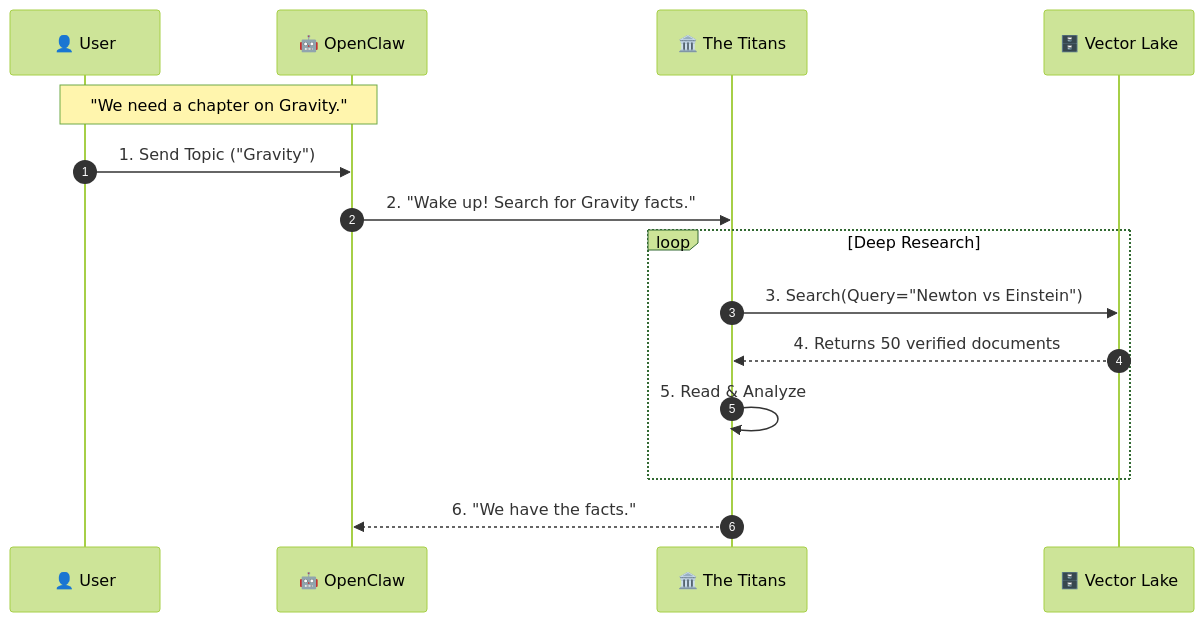
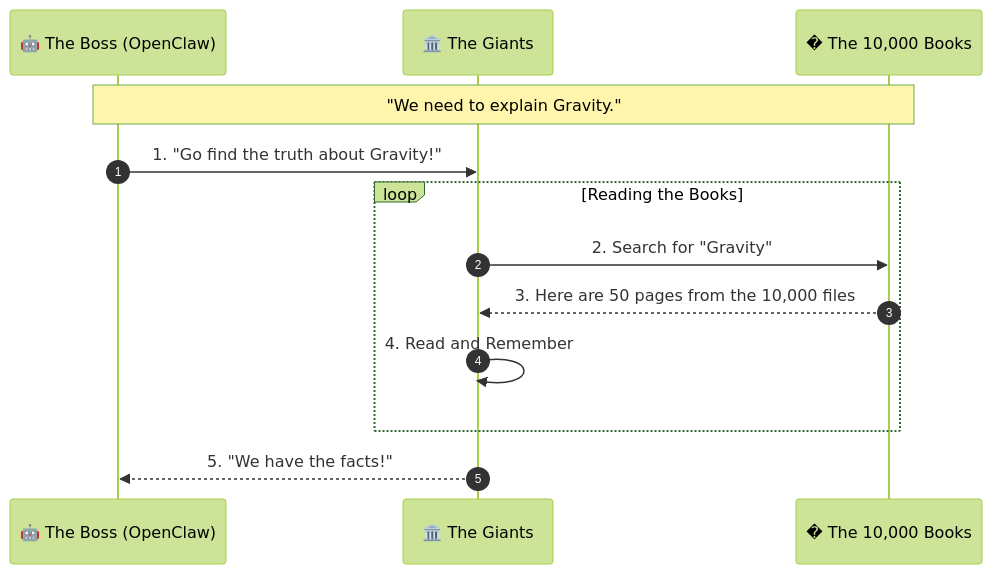
Before and after one commit to xlp0/PrologueOfSpacetime: the first of 3 diagrams in docs/workflows/README.md, drawn with Mermaid (forest theme). The commit also changed other lines of this file, not shown here.

````diff
--- a/docs/workflows/README.md
+++ b/docs/workflows/README.md
@@ -34,21 +37,18 @@
 ```mermaid
 sequenceDiagram
     autonumber
-    participant User as 👤 User
-    participant Manager as 🤖 OpenClaw
-    participant Quorum as 🏛️ The Titans
-    participant Database as 🗄️ Vector Lake
+    participant Boss as 🤖 The Boss (OpenClaw)
+    participant Giants as 🏛️ The Giants
+    participant Library as � The 10,000 Books
 
-    Note over User, Manager: "We need a chapter on Gravity."
-    User->>Manager: 1. Send Topic ("Gravity")
+    Note over Boss, Library: "We need to explain Gravity."
+    Boss->>Giants: 1. "Go find the truth about Gravity!"
     
-    Manager->>Quorum: 2. "Wake up! Search for Gravity facts."
-    
-    loop Deep Research
-        Quorum->>Database: 3. Search(Query="Newton vs Einstein")
-        Database-->>Quorum: 4. Returns 50 verified documents
-        Quorum->>Quorum: 5. Read & Analyze
+    loop Reading the Books
+        Giants->>Library: 2. Search for "Gravity"
+        Library-->>Giants: 3. Here are 50 pages from the 10,000 files
+        Giants->>Giants: 4. Read and Remember
     end
     
-    Quorum-->>Manager: 6. "We have the facts."
+    Giants-->>Boss: 5. "We have the facts!"
 ```
````
